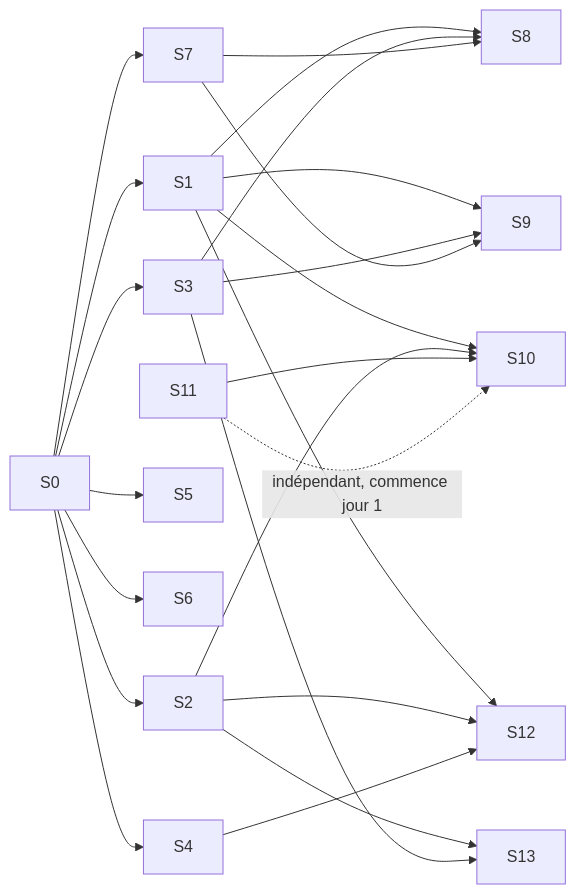
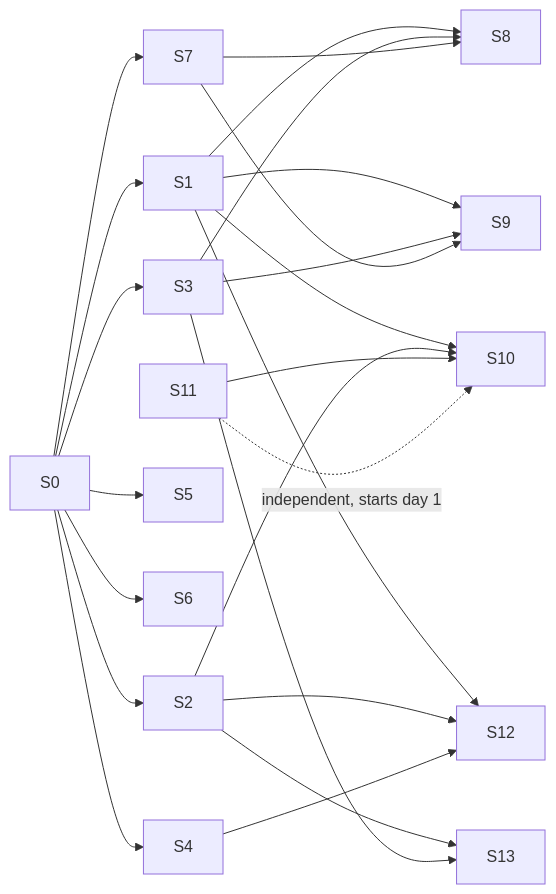
The diagram in docs/plan/07-delivery-parallelisation-conventions.md (VargaFoundation/choregos), drawn with Mermaid before and after one commit. The commit also changed other lines of this file and 12 other files, not shown here.

````diff
--- a/docs/plan/07-delivery-parallelisation-conventions.md
+++ b/docs/plan/07-delivery-parallelisation-conventions.md
@@ -28,10 +28,10 @@
 ```mermaid
 flowchart LR
   S0 --> S1 & S2 & S3 & S4 & S5 & S6 & S7
   S1 & S3 & S7 --> S8
   S1 & S3 & S7 --> S9
   S1 & S2 & S11 --> S10
   S1 & S2 & S4 --> S12
   S2 & S3 --> S13
-  S11 -.->|indépendant, commence jour 1| S10
+  S11 -.->|independent, starts day 1| S10
 ```
````
